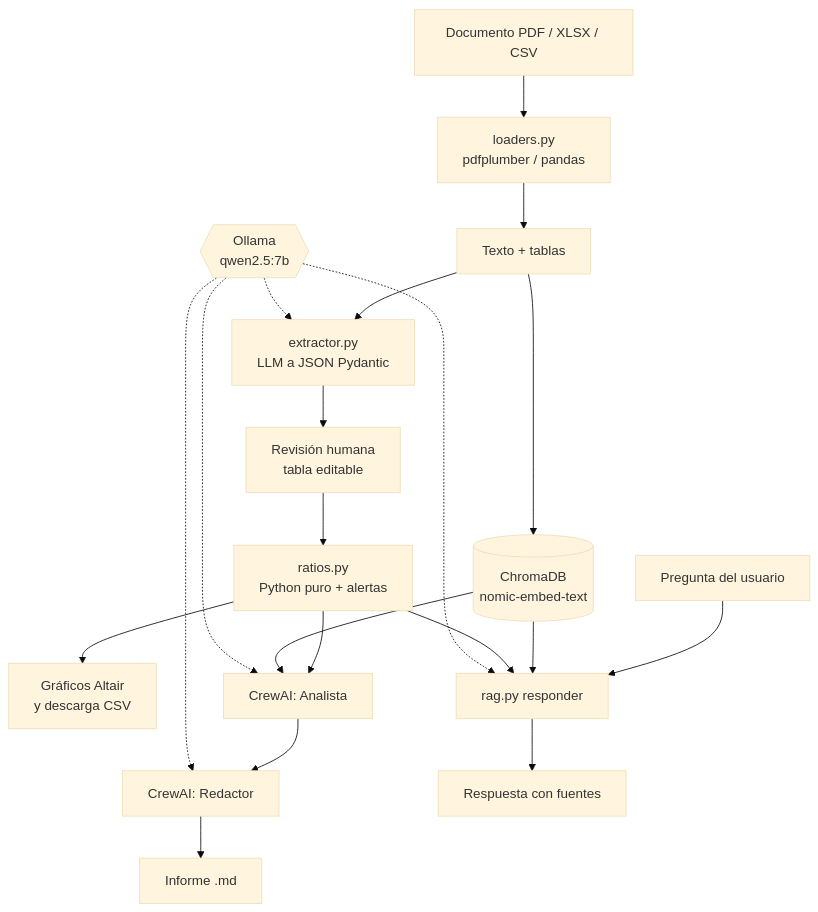
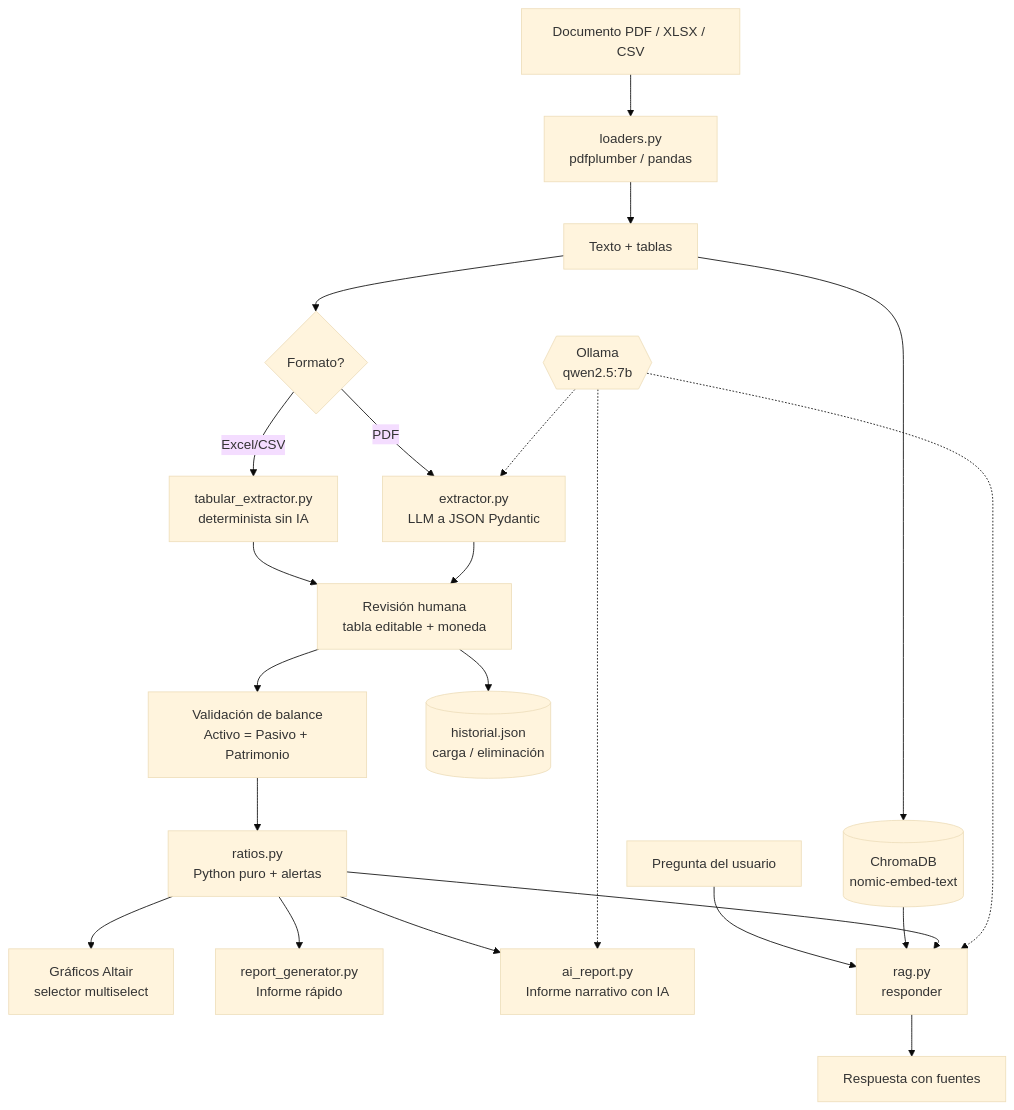
One commit to darwinjcn/analista-financiero-local-ia changed the diagram in README.md. Above: the diagram before and after it, drawn with Mermaid (base theme). The commit also changed other lines of this file and 23 other files, not shown here.

Commit message:
git commit -m "docs: README actualizado (sin CrewAI), i18n ES/EN, extracción determinista, informes duales e historial"

````diff
--- a/README.md
+++ b/README.md
@@ -67,22 +107,24 @@
 ```mermaid
 flowchart TD
     A[Documento PDF / XLSX / CSV] --> B[loaders.py<br/>pdfplumber / pandas]
     B --> C[Texto + tablas]
     C --> D[(ChromaDB<br/>nomic-embed-text)]
-    C --> E[extractor.py<br/>LLM a JSON Pydantic]
-    E --> F[Revisión humana<br/>tabla editable]
-    F --> G[ratios.py<br/>Python puro + alertas]
-    G --> H[Gráficos Altair<br/>y descarga CSV]
-    G --> I[CrewAI: Analista]
-    D --> I
-    I --> J[CrewAI: Redactor]
-    J --> K[Informe .md]
-    Q[Pregunta del usuario] --> R[rag.py responder]
+    C --> E{Formato?}
+    E -->|Excel/CSV| F[tabular_extractor.py<br/>determinista sin IA]
+    E -->|PDF| G[extractor.py<br/>LLM a JSON Pydantic]
+    F --> H[Revisión humana<br/>tabla editable + moneda]
+    G --> H
+    H --> V[Validación de balance<br/>Activo = Pasivo + Patrimonio]
+    V --> I[ratios.py<br/>Python puro + alertas]
+    I --> J[Gráficos Altair<br/>selector multiselect]
+    I --> K1[report_generator.py<br/>Informe rápido]
+    I --> K2[ai_report.py<br/>Informe narrativo con IA]
+    Q[Pregunta del usuario] --> R[rag.py<br/>responder]
     D --> R
-    G --> R
+    I --> R
     R --> S[Respuesta con fuentes]
-    O{{Ollama<br/>qwen2.5:7b}} -.-> E
-    O -.-> I
-    O -.-> J
+    H --> HIST[(historial.json<br/>carga / eliminación)]
+    O{{Ollama<br/>qwen2.5:7b}} -.-> G
+    O -.-> K2
     O -.-> R
 ```
````
